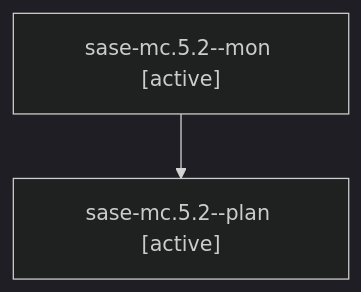
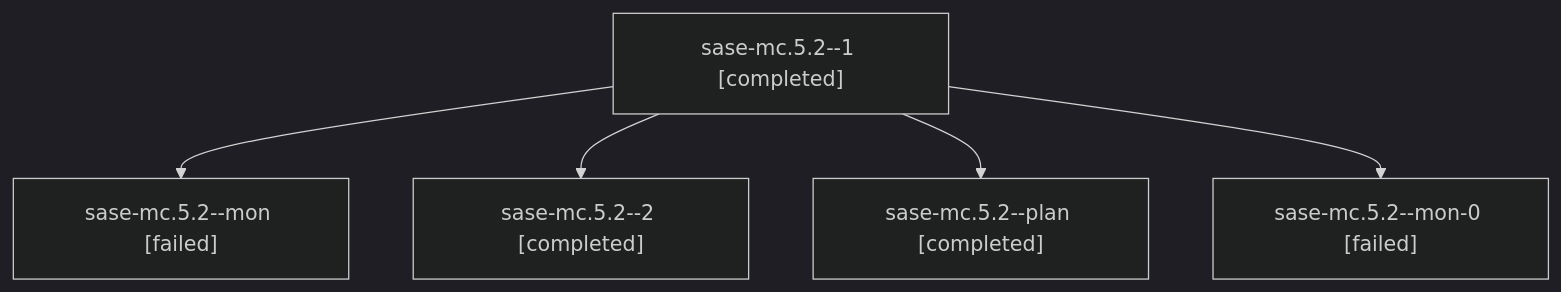
One commit to sase-org/sase--agents changed the diagram in families/bbugyi200.athena.sase-mc.5.2.md. Above: the diagram before and after it, drawn with Mermaid (dark theme). The commit also changed other lines of this file and 63 other files, not shown here.

````diff
--- a/families/bbugyi200.athena.sase-mc.5.2.md
+++ b/families/bbugyi200.athena.sase-mc.5.2.md
@@ -9,6 +9,12 @@
 ```mermaid
 flowchart TD
-  n0["sase-mc.5.2--mon [active]"]
-  n1["sase-mc.5.2--plan [active]"]
+  n0["sase-mc.5.2--1 [completed]"]
+  n1["sase-mc.5.2--mon [failed]"]
   n0 --> n1
+  n2["sase-mc.5.2--2 [completed]"]
+  n0 --> n2
+  n3["sase-mc.5.2--plan [completed]"]
+  n0 --> n3
+  n4["sase-mc.5.2--mon-0 [failed]"]
+  n0 --> n4
 ```
````
